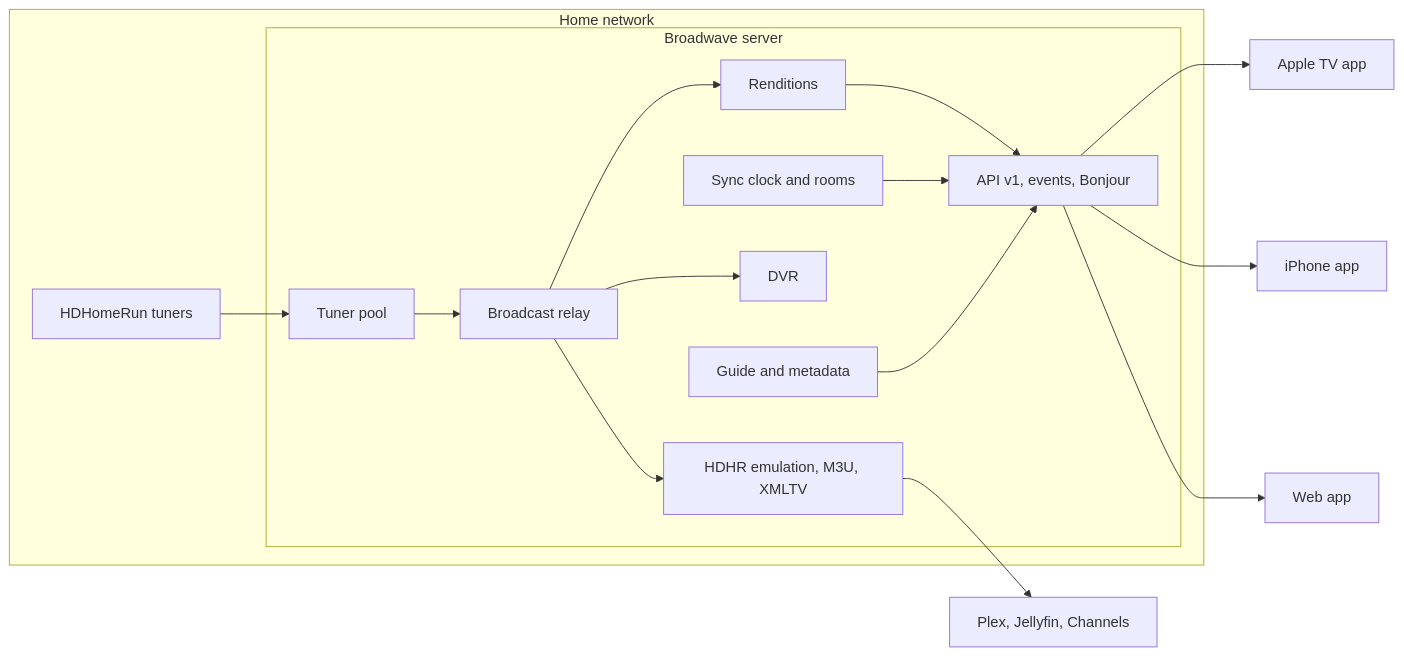
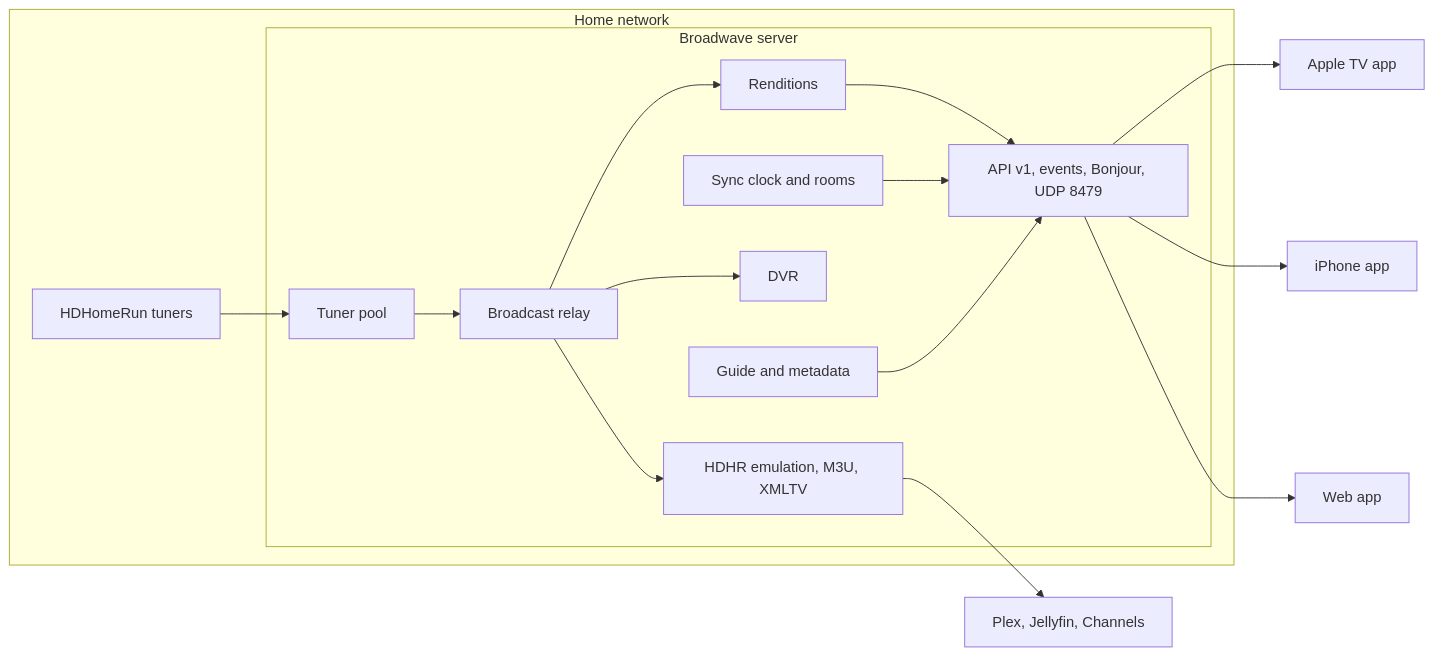
One commit to wolfebase/broadwave changed the diagram in docs/architecture.md. Above: the diagram before and after it, drawn with Mermaid. The commit also changed other lines of this file and 20 other files, not shown here.

First line of the commit message:
Find a server by UDP when Bonjour is quiet, and follow it when its address changes.

````diff
--- a/docs/architecture.md
+++ b/docs/architecture.md
@@ -3,26 +3,26 @@
 ```mermaid
 flowchart LR
   subgraph home [Home network]
     HDHR[HDHomeRun tuners]
     subgraph server [Broadwave server]
       TunerPool[Tuner pool]
       Relay[Broadcast relay]
       Renditions[Renditions]
       Sync[Sync clock and rooms]
       DVR[DVR]
       Guide[Guide and metadata]
-      API[API v1, events, Bonjour]
+      API[API v1, events, Bonjour, UDP 8479]
       Export[HDHR emulation, M3U, XMLTV]
     end
   end
   HDHR --> TunerPool --> Relay --> Renditions
   Relay --> DVR
   Renditions --> API
   Sync --> API
   Guide --> API
   Relay --> Export
   API --> TV[Apple TV app]
   API --> Phone[iPhone app]
   API --> Web[Web app]
   Export --> Others[Plex, Jellyfin, Channels]
 ```
````
